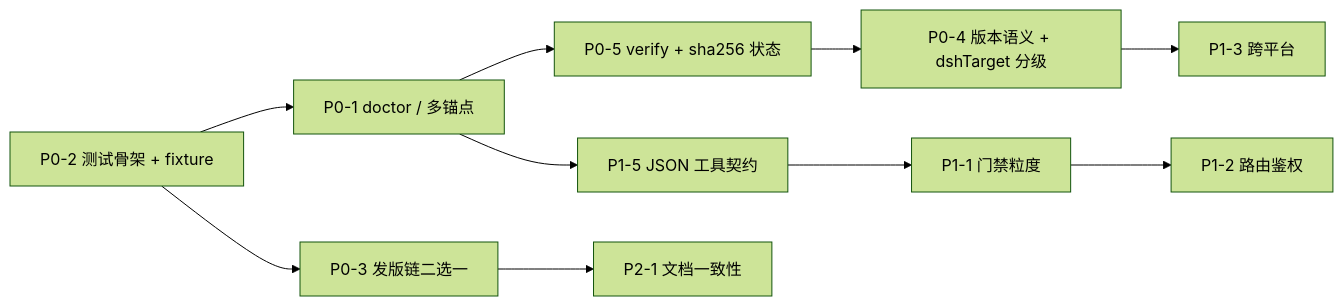
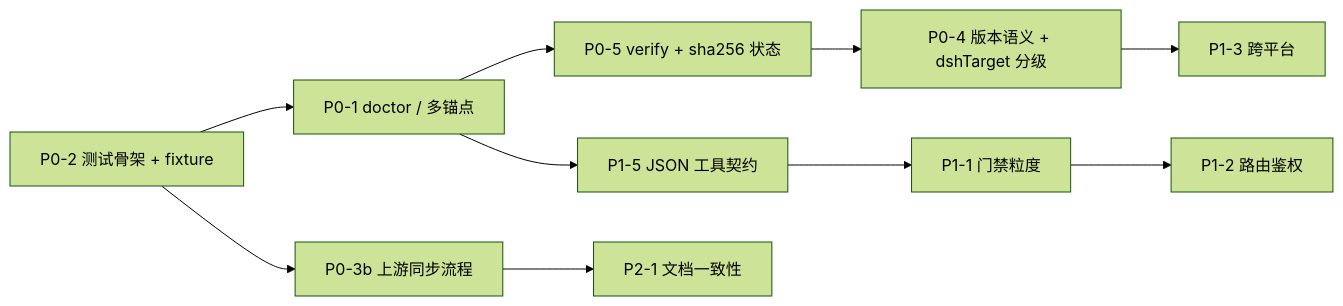
The diagram in docs/ROADMAP.md (Water-Run/dsh-purge), drawn with Mermaid (forest theme) before and after one commit. The commit also changed other lines of this file and 7 other files, not shown here.

````diff
--- a/docs/ROADMAP.md
+++ b/docs/ROADMAP.md
@@ -262,12 +269,12 @@
 ```mermaid
 flowchart LR
   A["P0-2 测试骨架 + fixture"] --> B["P0-1 doctor / 多锚点"]
   B --> C["P0-5 verify + sha256 状态"]
   C --> D["P0-4 版本语义 + dshTarget 分级"]
-  A --> E["P0-3 发版链二选一"]
+  A --> E["P0-3b 上游同步流程"]
   B --> F["P1-5 JSON 工具契约"]
   F --> G["P1-1 门禁粒度"]
   D --> H["P1-3 跨平台"]
   G --> I["P1-2 路由鉴权"]
   E --> J["P2-1 文档一致性"]
 ```
````
